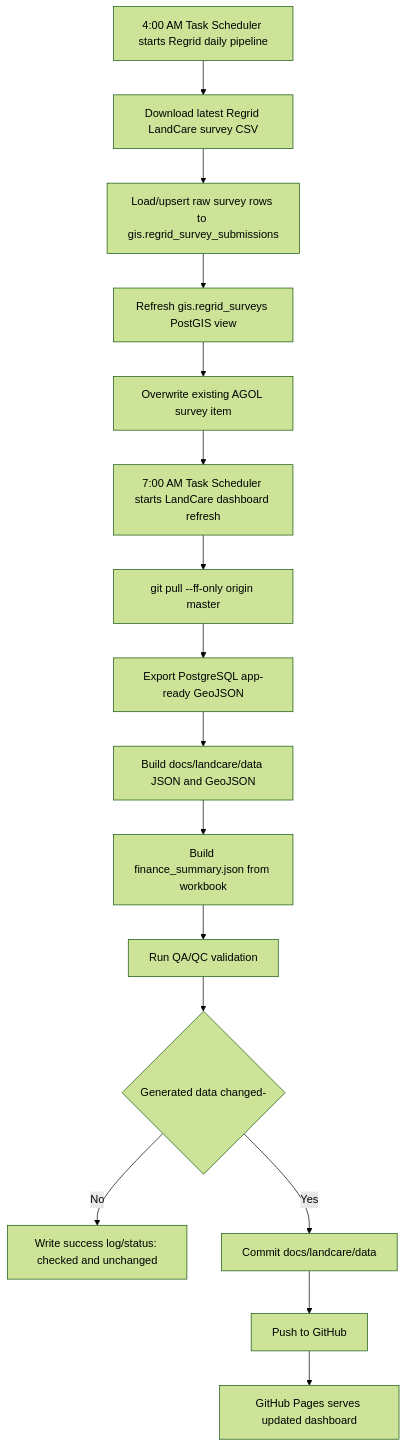
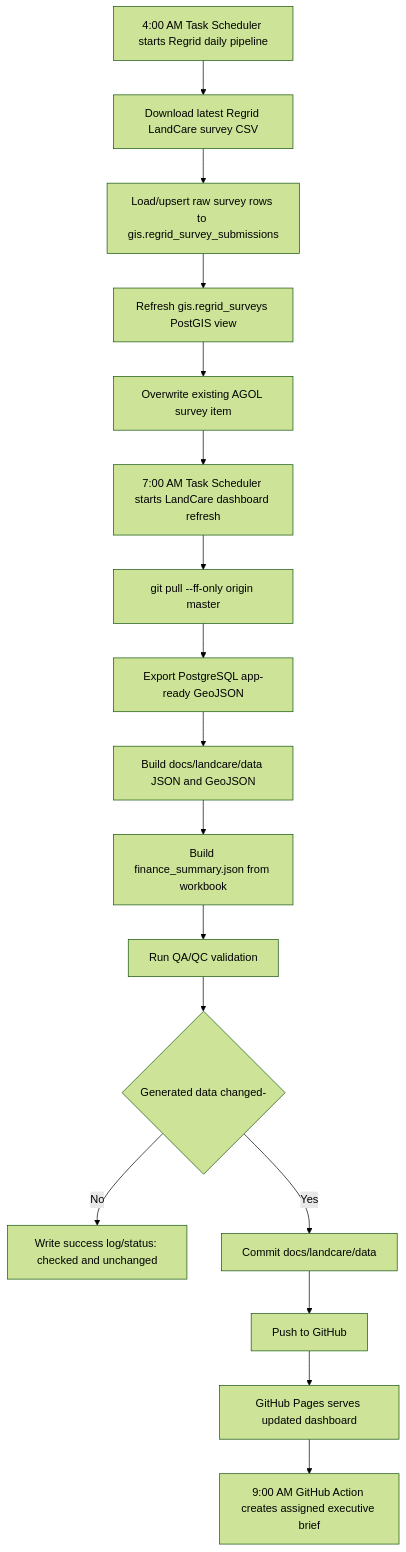
The second of 8 diagrams in docs/task-scheduler-vm-operations.md (rutomo-ura/land-care-assurance), drawn with Mermaid (forest theme) before and after one commit. The commit also changed other lines of this file and 5 other files, not shown here.

Commit message:
Add daily LandCare executive brief

````diff
--- a/docs/task-scheduler-vm-operations.md
+++ b/docs/task-scheduler-vm-operations.md
@@ -44,18 +50,19 @@
 ```mermaid
 flowchart TD
     A["4:00 AM Task Scheduler starts Regrid daily pipeline"] --> B["Download latest Regrid LandCare survey CSV"]
     B --> C["Load/upsert raw survey rows to gis.regrid_survey_submissions"]
     C --> D["Refresh gis.regrid_surveys PostGIS view"]
     D --> E["Overwrite existing AGOL survey item"]
     E --> F["7:00 AM Task Scheduler starts LandCare dashboard refresh"]
     F --> G["git pull --ff-only origin master"]
     G --> H["Export PostgreSQL app-ready GeoJSON"]
     H --> I["Build docs/landcare/data JSON and GeoJSON"]
     I --> J["Build finance_summary.json from workbook"]
     J --> K["Run QA/QC validation"]
     K --> L{"Generated data changed-"}
     L -->|No| M["Write success log/status: checked and unchanged"]
     L -->|Yes| N["Commit docs/landcare/data"]
     N --> O["Push to GitHub"]
     O --> P["GitHub Pages serves updated dashboard"]
+    P --> Q["9:00 AM GitHub Action creates assigned executive brief"]
 ```
````
